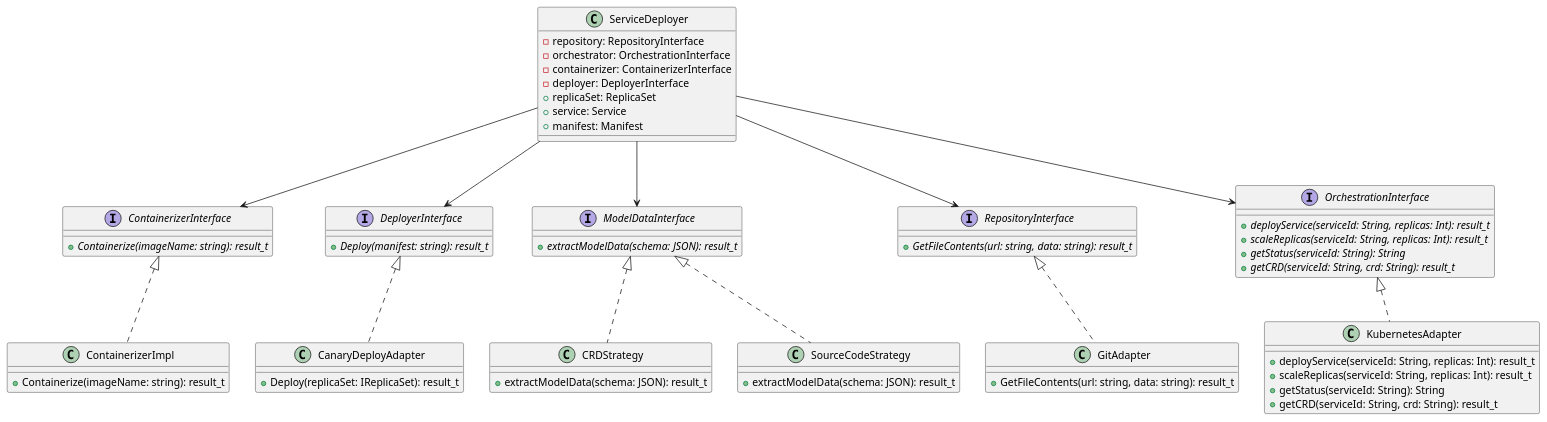
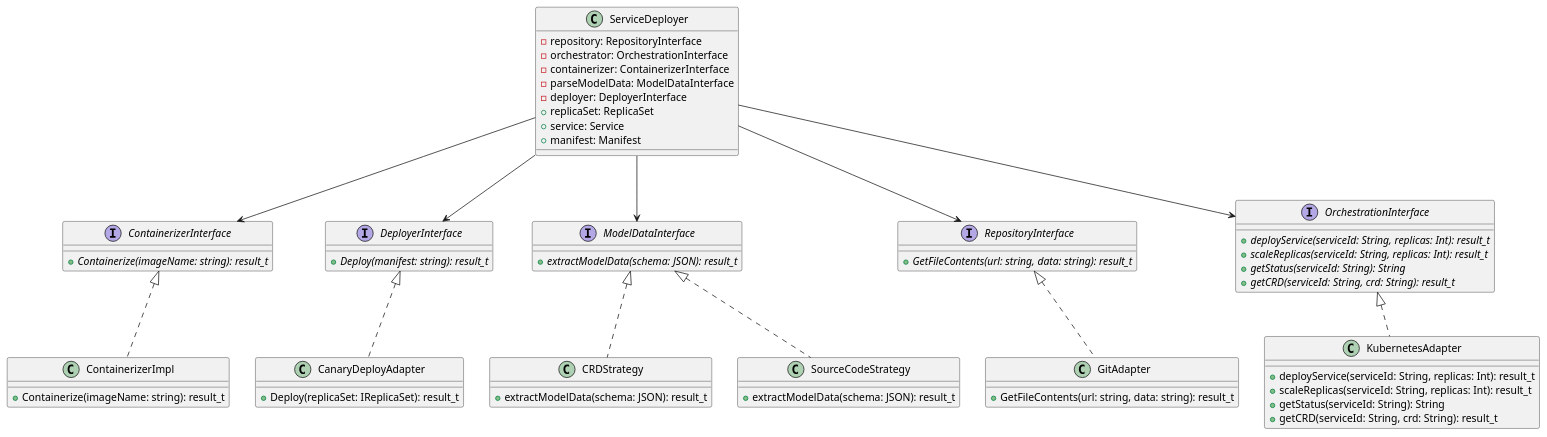
Before and after one commit to fanglores/Advanced-Software-Design: the diagram in PracticeTasks/Module2/Task_12/ServiceDeployer.puml, drawn with PlantUML.

Commit message:
Update ServiceDeployer

```diff
--- a/PracticeTasks/Module2/Task_12/ServiceDeployer.puml
+++ b/PracticeTasks/Module2/Task_12/ServiceDeployer.puml
@@ -1,67 +1,68 @@
 @startuml
 class ServiceDeployer {
   -repository: RepositoryInterface
   -orchestrator: OrchestrationInterface
   -containerizer: ContainerizerInterface
+  -parseModelData: ModelDataInterface
   -deployer: DeployerInterface
   +replicaSet: ReplicaSet
   +service: Service
   +manifest: Manifest
 }
 
 interface ContainerizerInterface {
   {abstract} +Containerize(imageName: string): result_t
 }
 
 class ContainerizerImpl implements ContainerizerInterface {
   +Containerize(imageName: string): result_t
 }
 
 interface DeployerInterface {
   {abstract} +Deploy(manifest: string): result_t
 }
 
 interface ModelDataInterface {
   {abstract} +extractModelData(schema: JSON): result_t
 }
 
 class CRDStrategy implements ModelDataInterface {
   +extractModelData(schema: JSON): result_t
 }
 
 class SourceCodeStrategy implements ModelDataInterface {
   +extractModelData(schema: JSON): result_t
 }
 
 interface RepositoryInterface {
   {abstract} +GetFileContents(url: string, data: string): result_t
 }
 
 class GitAdapter implements RepositoryInterface {
   +GetFileContents(url: string, data: string): result_t
 }
 
 interface OrchestrationInterface {
   {abstract} +deployService(serviceId: String, replicas: Int): result_t
   {abstract} +scaleReplicas(serviceId: String, replicas: Int): result_t
   {abstract} +getStatus(serviceId: String): String
   {abstract} +getCRD(serviceId: String, crd: String): result_t
 }
 
 class KubernetesAdapter implements OrchestrationInterface {
   +deployService(serviceId: String, replicas: Int): result_t
   +scaleReplicas(serviceId: String, replicas: Int): result_t
   +getStatus(serviceId: String): String
   +getCRD(serviceId: String, crd: String): result_t
 }
 
 class CanaryDeployAdapter implements DeployerInterface {
   +Deploy(replicaSet: IReplicaSet): result_t
 }
 
 ServiceDeployer --> ContainerizerInterface
 ServiceDeployer --> DeployerInterface
 ServiceDeployer --> RepositoryInterface
 ServiceDeployer --> ModelDataInterface
 ServiceDeployer --> OrchestrationInterface
 @enduml
```
